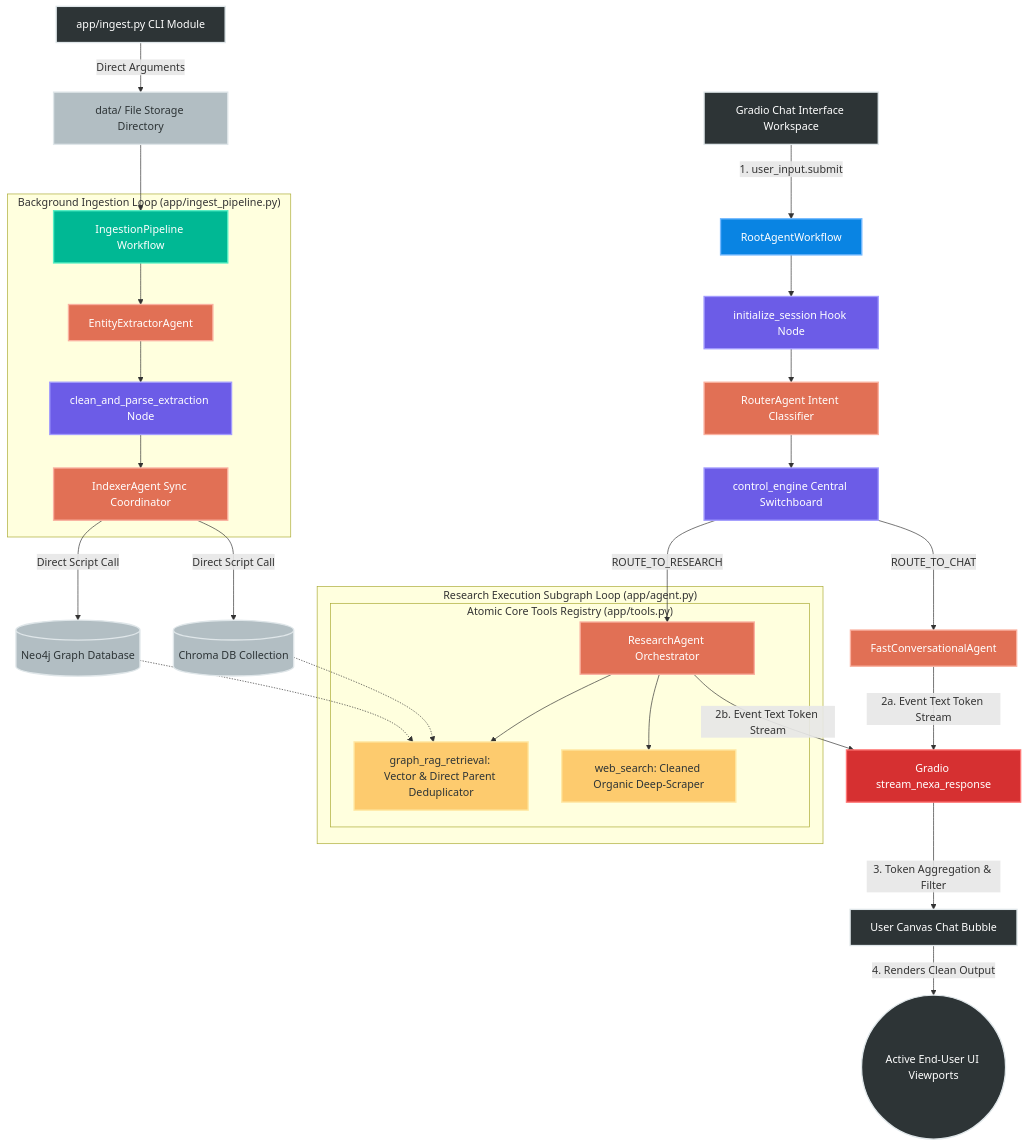
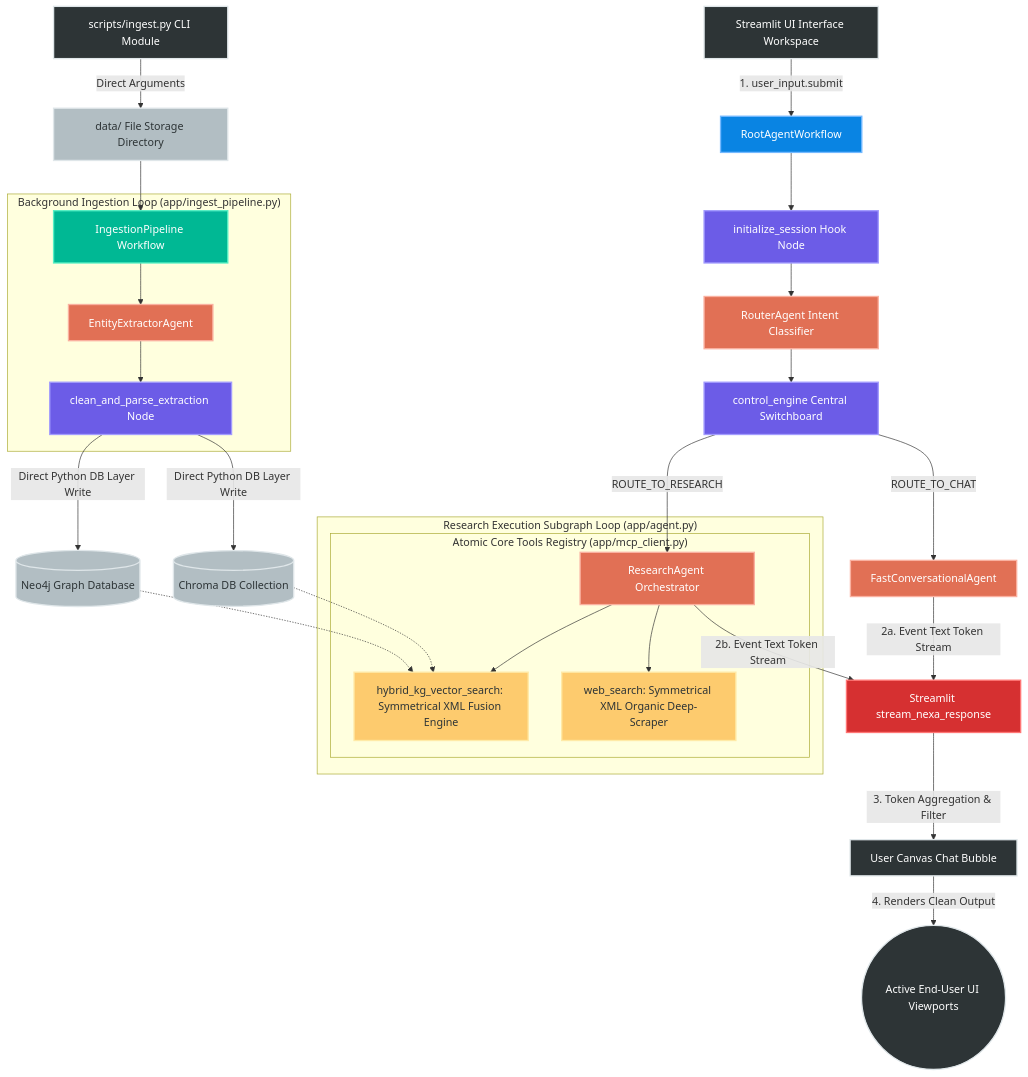
The diagram in README.md (ranapratapmajee/nexusmind-adk), drawn with Mermaid before and after one commit. The commit also changed other lines of this file and 7 other files, not shown here.

Commit message:
Nexa v0.2 MCP add

````diff
--- a/README.md
+++ b/README.md
@@ -37,56 +52,55 @@
 ```mermaid
 graph TD
     %% Component Style Classes
     classDef client fill:#2d3436,stroke:#dfe6e9,stroke-width:2px,color:#fff;
     classDef orchestrator fill:#0984e3,stroke:#74b9ff,stroke-width:2px,color:#fff;
     classDef control fill:#6c5ce7,stroke:#a29bfe,stroke-width:2px,color:#fff;
     classDef workflow fill:#00b894,stroke:#55efc4,stroke-width:2px,color:#fff;
     classDef agent fill:#e17055,stroke:#fab1a0,stroke-width:2px,color:#fff;
     classDef tool fill:#fdcb6e,stroke:#ffeaa7,stroke-width:2px,color:#2d3436;
     classDef storage fill:#b2bec3,stroke:#dfe6e9,stroke-width:2px,color:#2d3436;
     classDef output fill:#d63031,stroke:#ff7675,stroke-width:2px,color:#fff;
 
     %% Presentation Layer (User Input Entry)
-    UI[Gradio Chat Interface Workspace]:::client --> |1. user_input.submit| RootGateway[RootAgentWorkflow]:::orchestrator
-    CLI[app/ingest.py CLI Module]:::client --> |Direct Arguments| DataFolder[data/ File Storage Directory]:::storage
+    UI[Streamlit UI Interface Workspace]:::client --> |1. user_input.submit| RootGateway[RootAgentWorkflow]:::orchestrator
+    CLI[scripts/ingest.py CLI Module]:::client --> |Direct Arguments| DataFolder[data/ File Storage Directory]:::storage
 
     %% Gateway Routing Subsystem
     RootGateway --> InitSession[initialize_session Hook Node]:::control
     InitSession --> Router[RouterAgent Intent Classifier]:::agent
     Router --> ControlEngine[control_engine Central Switchboard]:::control
     
     ControlEngine --> |ROUTE_TO_CHAT| FastAgent[FastConversationalAgent]:::agent
     ControlEngine --> |ROUTE_TO_RESEARCH| ResearchAgent[ResearchAgent Orchestrator]:::agent
 
     %% Research Pipeline Processing
     subgraph Research_Execution_Pipeline ["Research Execution Subgraph Loop (app/agent.py)"]
-        subgraph Tool_Registry ["Atomic Core Tools Registry (app/tools.py)"]
-            ResearchAgent --> T1[graph_rag_retrieval: Vector & Direct Parent Deduplicator]:::tool
-            ResearchAgent --> T2[web_search: Cleaned Organic Deep-Scraper]:::tool
+        subgraph Tool_Registry ["Atomic Core Tools Registry (app/mcp_client.py)"]
+            ResearchAgent --> T1[hybrid_kg_vector_search: Symmetrical XML Fusion Engine]:::tool
+            ResearchAgent --> T2[web_search: Symmetrical XML Organic Deep-Scraper]:::tool
         end
     end
 
     %% Presentation Layer (Unified Token Output Streaming to Frontend)
-    FastAgent --> |2a. Event Text Token Stream| StreamFilter[Gradio stream_nexa_response]:::output
+    FastAgent --> |2a. Event Text Token Stream| StreamFilter[Streamlit stream_nexa_response]:::output
     ResearchAgent --> |2b. Event Text Token Stream| StreamFilter
     
     StreamFilter --> |3. Token Aggregation & Filter| UICanvas[User Canvas Chat Bubble]:::client
     UICanvas --> |4. Renders Clean Output| EndUserNode((Active End-User UI Viewports)):::client
 
     %% Ingestion Lane Setup
     DataFolder --> IngestWorkflow[IngestionPipeline Workflow]:::workflow
     
     subgraph Ingestion_Pipeline ["Background Ingestion Loop (app/ingest_pipeline.py)"]
         IngestWorkflow --> EntityExt[EntityExtractorAgent]:::agent
         EntityExt --> CleanParse[clean_and_parse_extraction Node]:::control
-        CleanParse --> Indexer[IndexerAgent Sync Coordinator]:::agent
     end
 
     %% Storage Hooks
-    Indexer --> |Direct Script Call| ChromaStore[(Chroma DB Collection)]:::storage
-    Indexer --> |Direct Script Call| Neo4jStore[(Neo4j Graph Database)]:::storage
+    CleanParse --> |Direct Python DB Layer Write| ChromaStore[(Chroma DB Collection)]:::storage
+    CleanParse --> |Direct Python DB Layer Write| Neo4jStore[(Neo4j Graph Database)]:::storage
     
     ChromaStore -.-> T1
     Neo4jStore -.-> T1
 
 ```
````
